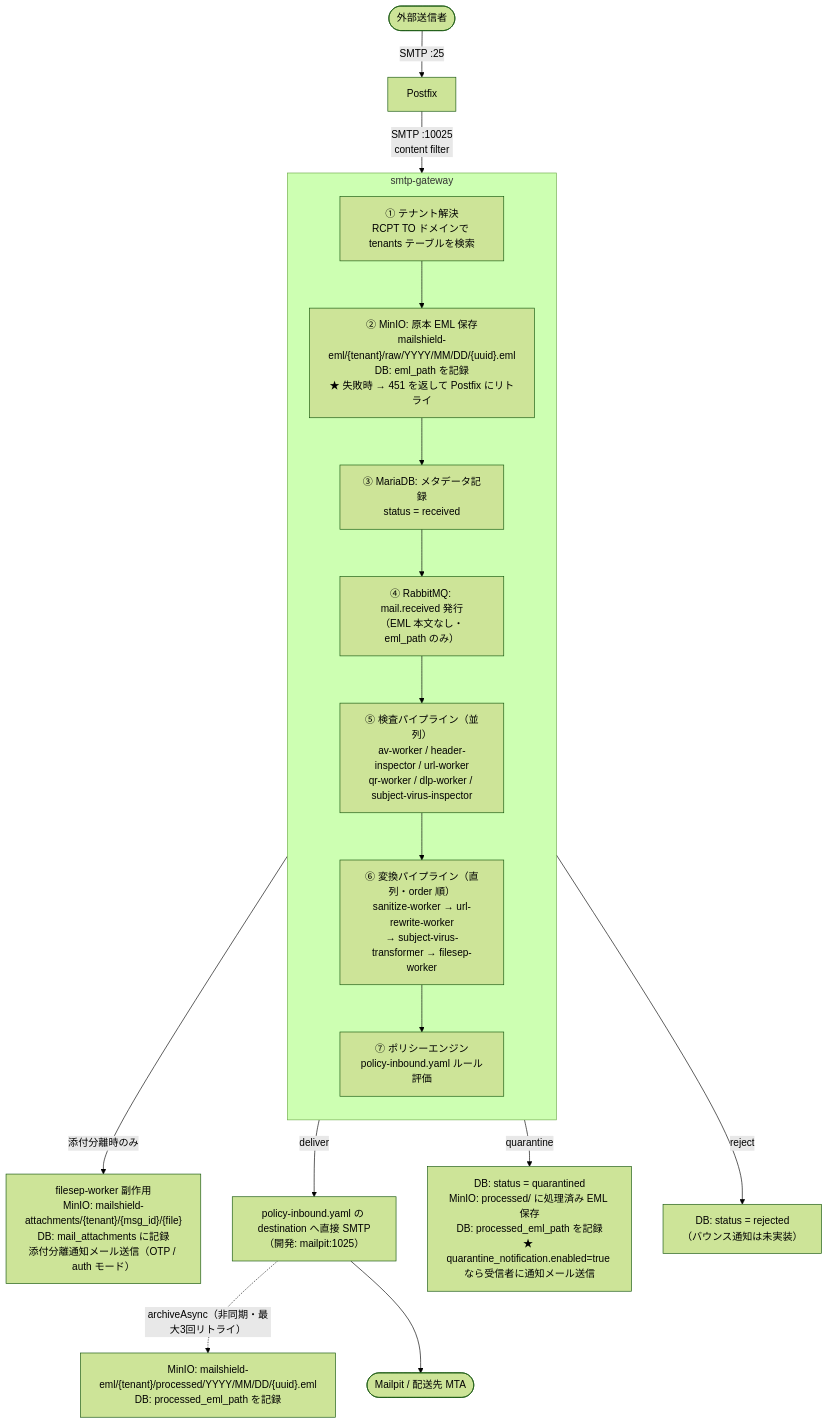
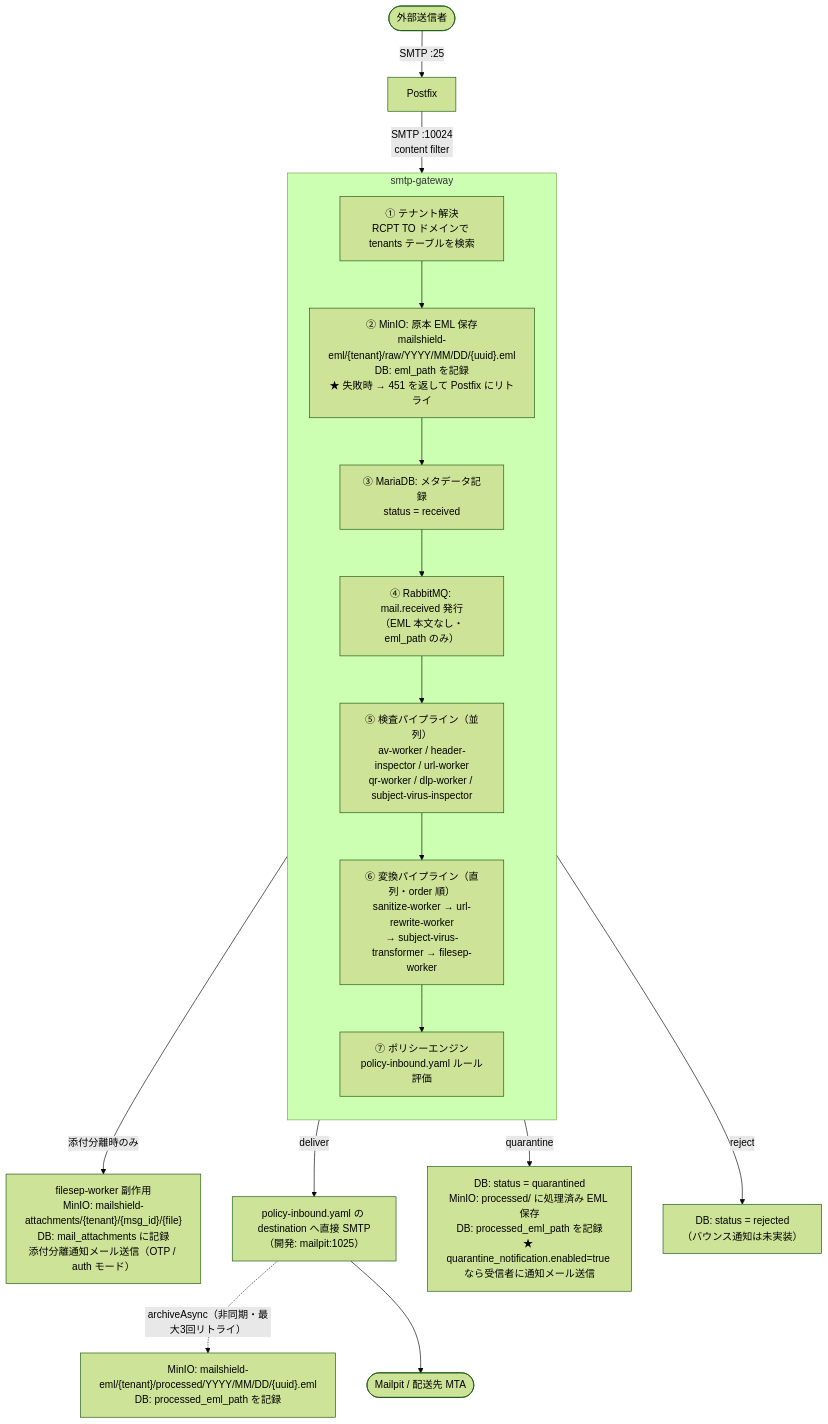
One commit to yumekui08/mailshield changed the first of 5 diagrams in docs/specs/mail-processing-flow.md. Above: the diagram before and after it, drawn with Mermaid (forest theme). The commit also changed other lines of this file and 22 other files, not shown here.

````diff
--- a/docs/specs/mail-processing-flow.md
+++ b/docs/specs/mail-processing-flow.md
@@ -24,29 +24,29 @@
 ```mermaid
 flowchart TD
     Sender([外部送信者]) -->|SMTP :25| Postfix
 
-    Postfix -->|"SMTP :10025\ncontent filter"| GW
+    Postfix -->|"SMTP :10024\ncontent filter"| GW
 
     subgraph GW[smtp-gateway]
         direction TB
         T1["① テナント解決\nRCPT TO ドメインで tenants テーブルを検索"]
         T2["② MinIO: 原本 EML 保存\nmailshield-eml/{tenant}/raw/YYYY/MM/DD/{uuid}.eml\nDB: eml_path を記録\n★ 失敗時 → 451 を返して Postfix にリトライ"]
         T3["③ MariaDB: メタデータ記録\nstatus = received"]
         T4["④ RabbitMQ: mail.received 発行\n（EML 本文なし・eml_path のみ）"]
         T5["⑤ 検査パイプライン（並列）\nav-worker / header-inspector / url-worker\nqr-worker / dlp-worker / subject-virus-inspector"]
         T6["⑥ 変換パイプライン（直列・order 順）\nsanitize-worker → url-rewrite-worker\n→ subject-virus-transformer → filesep-worker"]
         T7["⑦ ポリシーエンジン\npolicy-inbound.yaml ルール評価"]
 
         T1 --> T2 --> T3 --> T4 --> T5 --> T6 --> T7
     end
 
     T6 -->|添付分離時のみ| Filesep["filesep-worker 副作用\nMinIO: mailshield-attachments/{tenant}/{msg_id}/{file}\nDB: mail_attachments に記録\n添付分離通知メール送信（OTP / auth モード）"]
 
     T7 -->|deliver| Del["policy-inbound.yaml の destination へ直接 SMTP\n（開発: mailpit:1025）"]
     T7 -->|quarantine| Qua["DB: status = quarantined\nMinIO: processed/ に処理済み EML 保存\nDB: processed_eml_path を記録\n★ quarantine_notification.enabled=true なら受信者に通知メール送信"]
     T7 -->|reject| Rej["DB: status = rejected\n（バウンス通知は未実装）"]
 
     Del -.->|"archiveAsync（非同期・最大3回リトライ）"| Archive["MinIO: mailshield-eml/{tenant}/processed/YYYY/MM/DD/{uuid}.eml\nDB: processed_eml_path を記録"]
 
     Del --> Mailpit([Mailpit / 配送先 MTA])
 ```
````
